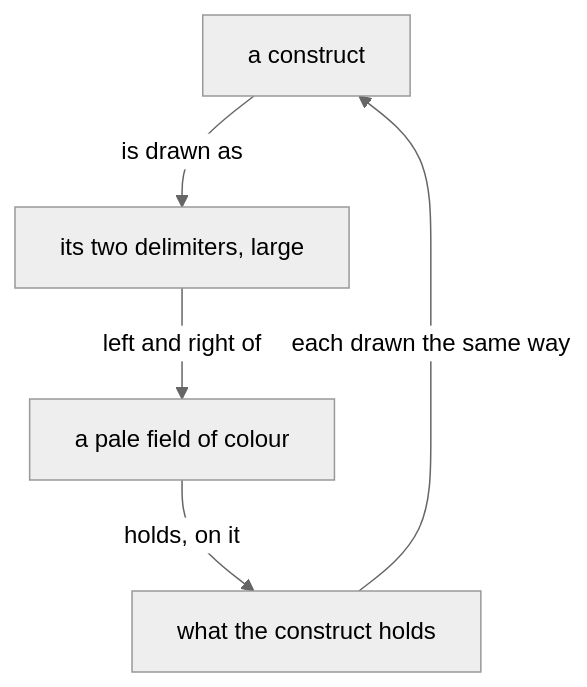
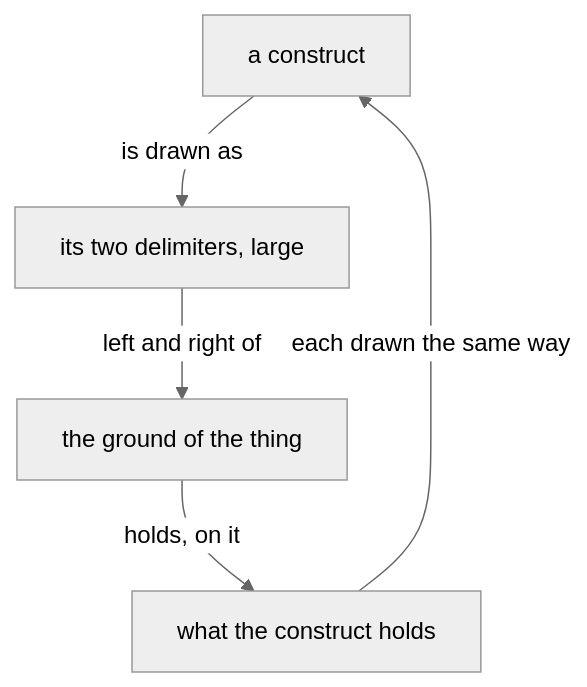
One commit to LiGoldragon/mind-belief changed the diagram in notion/ethos-picture/0.md. Above: the diagram before and after it, drawn with Mermaid (neutral theme). The commit also changed other lines of this file and 3 other files, not shown here.

````diff
--- a/notion/ethos-picture/0.md
+++ b/notion/ethos-picture/0.md
@@ -28,7 +28,7 @@
 ```mermaid
 flowchart TB
     c["a construct"] -- "is drawn as" --> d["its two delimiters, large"]
-    d -- "left and right of" --> f["a pale field of colour"]
+    d -- "left and right of" --> f["the ground of the thing"]
     f -- "holds, on it" --> i["what the construct holds"]
     i -- "each drawn the same way" --> c
 ```
````
